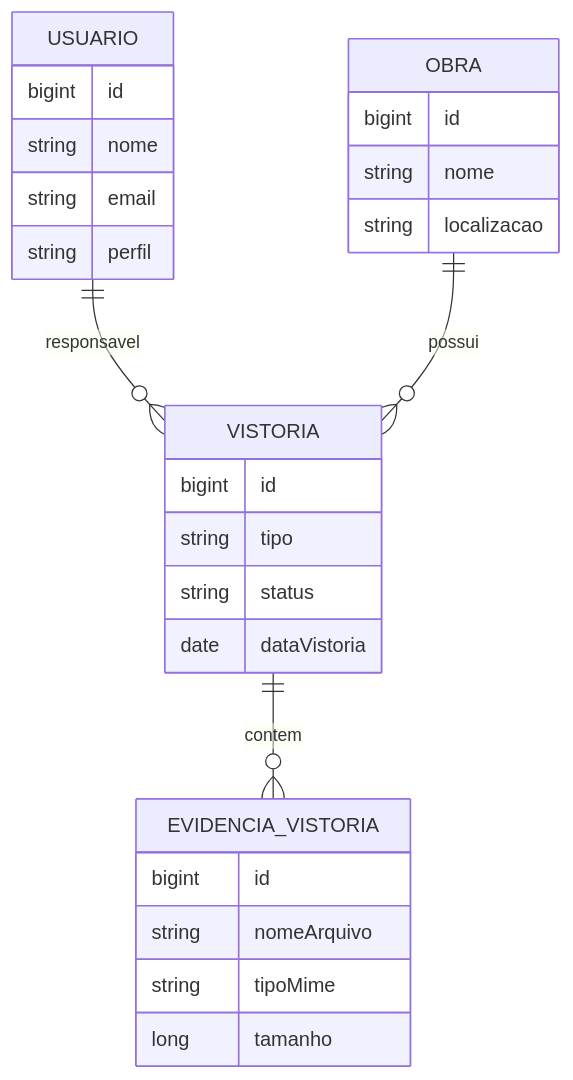
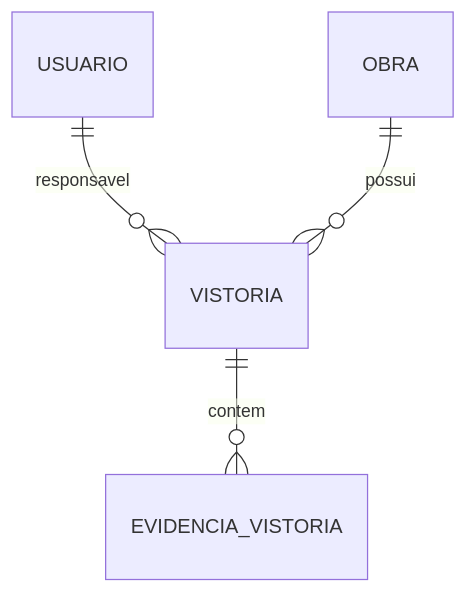
Before and after one commit to joao-juvino/ObraSync: the second of 2 diagrams in README.md, drawn with Mermaid. The commit also changed other lines of this file and 8 other files, not shown here.

````diff
--- a/README.md
+++ b/README.md
@@ -85,30 +80,6 @@
 ```mermaid
 erDiagram
     USUARIO ||--o{ VISTORIA : responsavel
     OBRA ||--o{ VISTORIA : possui
     VISTORIA ||--o{ EVIDENCIA_VISTORIA : contem
-
-    USUARIO {
-        bigint id
-        string nome
-        string email
-        string perfil
-    }
-    OBRA {
-        bigint id
-        string nome
-        string localizacao
-    }
-    VISTORIA {
-        bigint id
-        string tipo
-        string status
-        date dataVistoria
-    }
-    EVIDENCIA_VISTORIA {
-        bigint id
-        string nomeArquivo
-        string tipoMime
-        long tamanho
-    }
 ```
````
